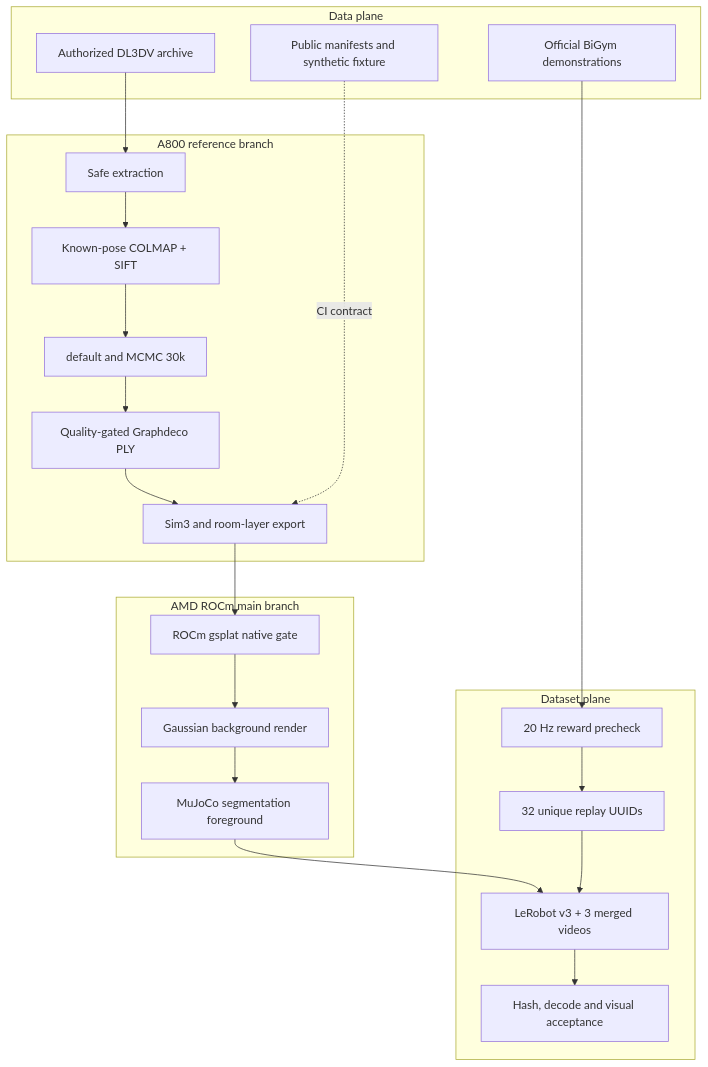
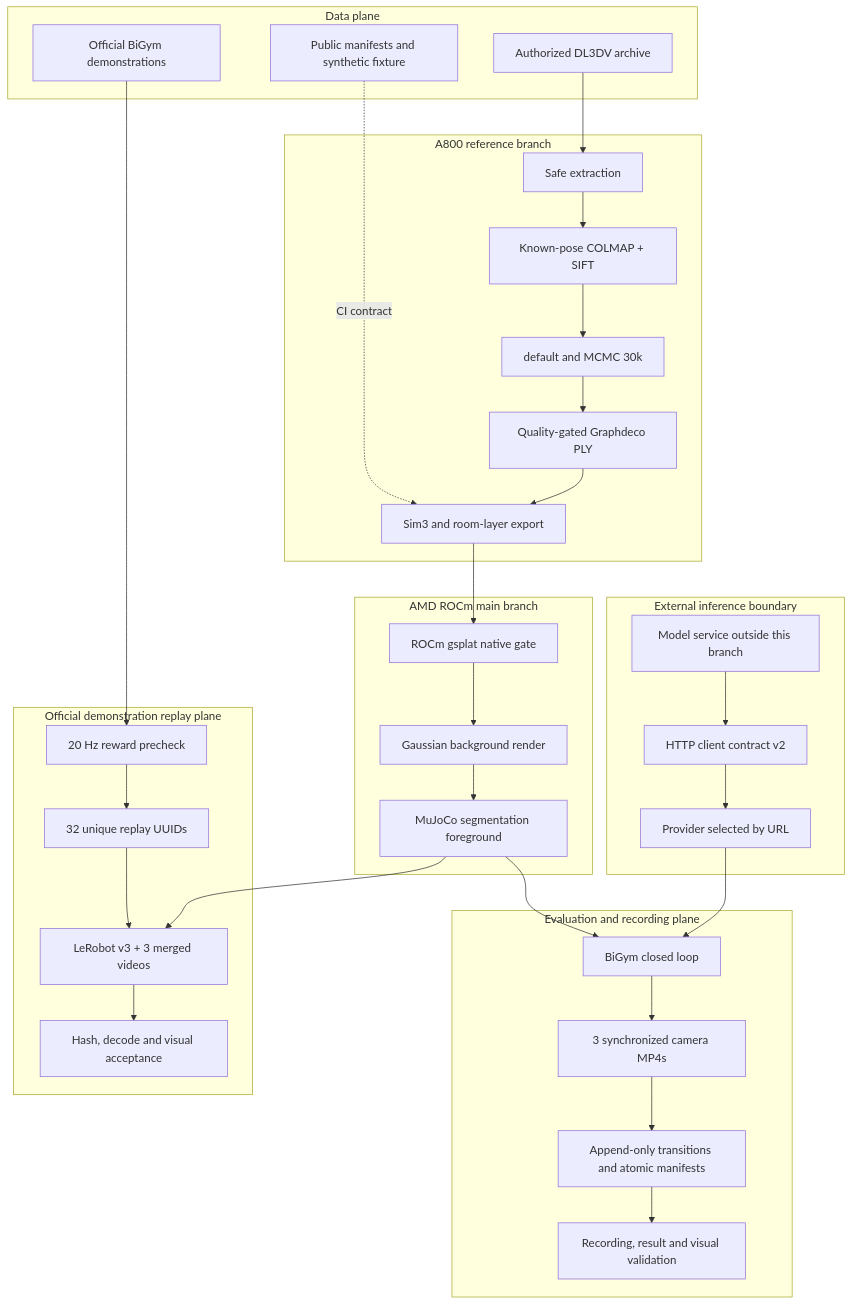
The diagram in docs/architecture/end-to-end.md (eust-w/amd-bigym-3dgs-rocm), drawn with Mermaid before and after one commit. The commit also changed other lines of this file and 39 other files, not shown here.

First line of the commit message:
Unify AMD reconstruction and provider-neutral BiGym evaluation

````diff
--- a/docs/architecture/end-to-end.md
+++ b/docs/architecture/end-to-end.md
@@ -3,36 +3,51 @@
 ```mermaid
 flowchart TB
   subgraph Data[Data plane]
     D1[Authorized DL3DV archive]
     D2[Official BiGym demonstrations]
     D3[Public manifests and synthetic fixture]
   end
 
   subgraph Reconstruction[A800 reference branch]
     R1[Safe extraction]
     R2[Known-pose COLMAP + SIFT]
     R3[default and MCMC 30k]
     R4[Quality-gated Graphdeco PLY]
     R5[Sim3 and room-layer export]
   end
 
   subgraph Runtime[AMD ROCm main branch]
     A1[ROCm gsplat native gate]
     A2[Gaussian background render]
     A3[MuJoCo segmentation foreground]
   end
 
-  subgraph Collection[Dataset plane]
+  subgraph Inference[External inference boundary]
+    I1[Model service outside this branch]
+    I2[HTTP client contract v2]
+    I3[Provider selected by URL]
+  end
+
+  subgraph Evaluation[Evaluation and recording plane]
+    E1[BiGym closed loop]
+    E2[3 synchronized camera MP4s]
+    E3[Append-only transitions and atomic manifests]
+    E4[Recording, result and visual validation]
+  end
+
+  subgraph Collection[Official demonstration replay plane]
     C1[20 Hz reward precheck]
     C2[32 unique replay UUIDs]
     C3[LeRobot v3 + 3 merged videos]
     C4[Hash, decode and visual acceptance]
   end
 
   D1 --> R1 --> R2 --> R3 --> R4 --> R5
   R5 --> A1 --> A2 --> A3
+  I1 --> I2 --> I3 --> E1
+  A3 --> E1 --> E2 --> E3 --> E4
   D2 --> C1 --> C2
   A3 --> C3
   C2 --> C3 --> C4
   D3 -. CI contract .-> R5
 ```
````
